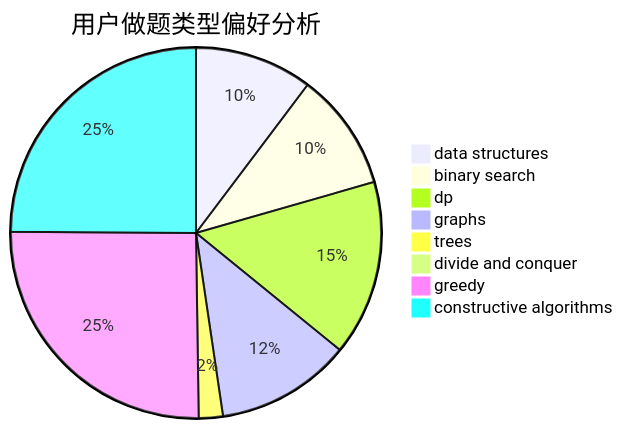
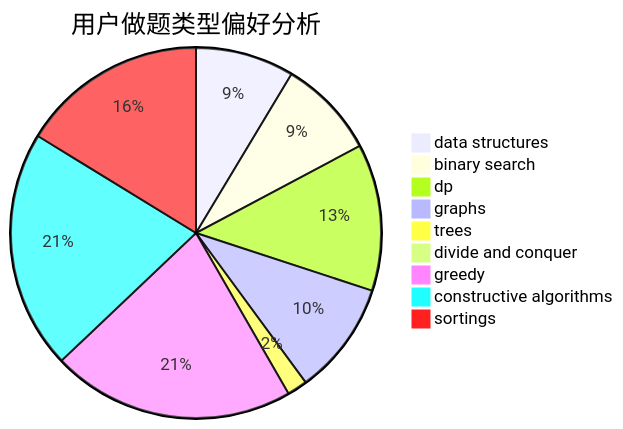
One commit to sherpahu/cfrs.github.io changed the second of 3 diagrams in docs/user/u1017.md. Above: the diagram before and after it, drawn with Mermaid. The commit also changed other lines of this file and 2769 other files, not shown here.

````diff
--- a/docs/user/u1017.md
+++ b/docs/user/u1017.md
@@ -23,11 +18,12 @@
 ```mermaid
 pie title 用户做题类型偏好分析
     "data structures" :  88
     "binary search" :  88
     "dp" :  131
     "graphs" :  101
     "trees" :  18
     "divide and conquer" :  0
     "greedy" :  217
     "constructive algorithms" :  213
+    "sortings" :  166
 ```
````
